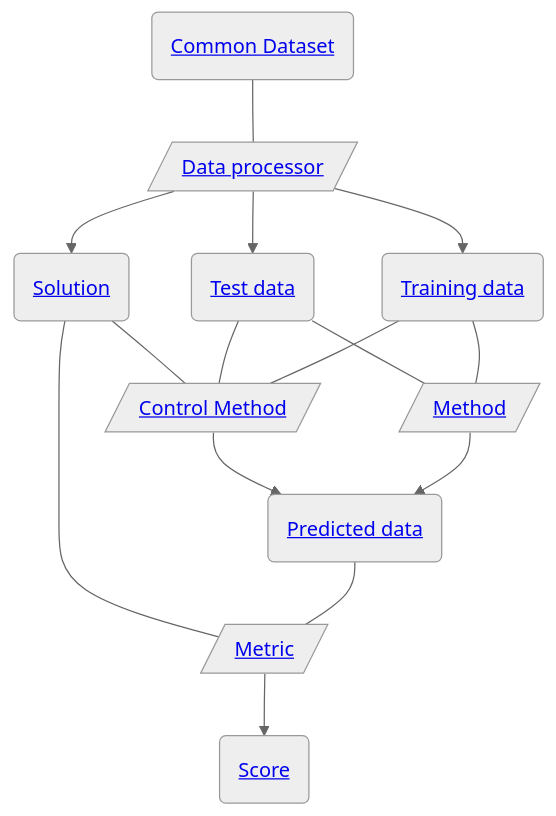
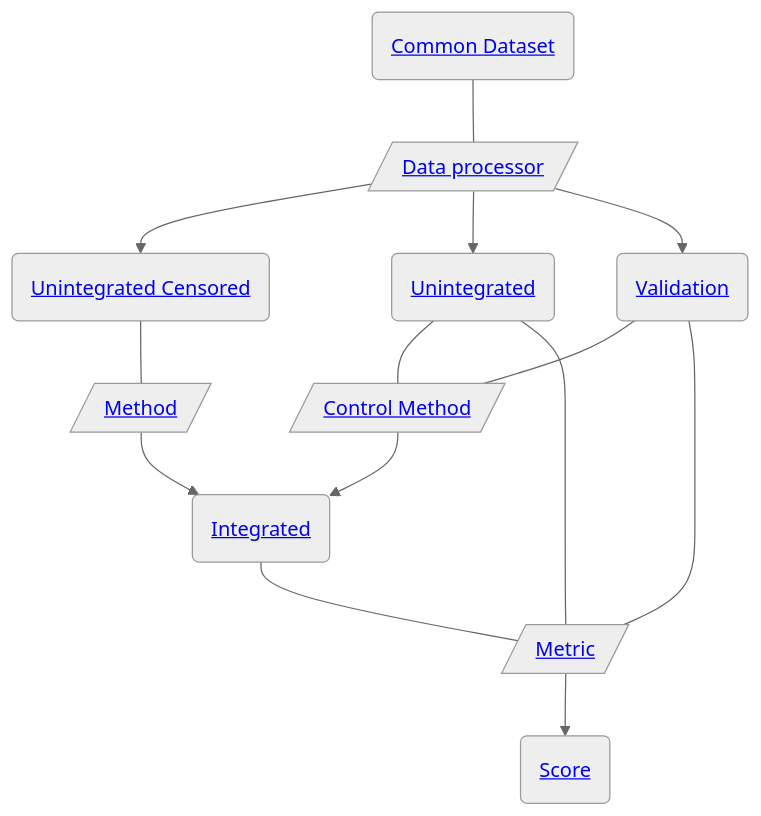
Before and after one commit to openproblems-bio/task_cyto_batch_integration: the diagram in README.md, drawn with Mermaid (neutral theme). The commit also changed other lines of this file and 10 other files, not shown here.

````diff
--- a/README.md
+++ b/README.md
@@ -37,27 +37,26 @@
 ``` mermaid
 flowchart TB
   file_common_dataset("<a href='https://github.com/openproblems-bio/task_cyto_batch_integration#file-format-common-dataset'>Common Dataset</a>")
   comp_data_processor[/"<a href='https://github.com/openproblems-bio/task_cyto_batch_integration#component-type-data-processor'>Data processor</a>"/]
-  file_solution("<a href='https://github.com/openproblems-bio/task_cyto_batch_integration#file-format-solution'>Solution</a>")
-  file_test("<a href='https://github.com/openproblems-bio/task_cyto_batch_integration#file-format-test-data'>Test data</a>")
-  file_train("<a href='https://github.com/openproblems-bio/task_cyto_batch_integration#file-format-training-data'>Training data</a>")
+  file_unintegrated_censored("<a href='https://github.com/openproblems-bio/task_cyto_batch_integration#file-format-unintegrated-censored'>Unintegrated Censored</a>")
+  file_unintegrated("<a href='https://github.com/openproblems-bio/task_cyto_batch_integration#file-format-unintegrated'>Unintegrated</a>")
+  file_validation("<a href='https://github.com/openproblems-bio/task_cyto_batch_integration#file-format-validation'>Validation</a>")
+  comp_method[/"<a href='https://github.com/openproblems-bio/task_cyto_batch_integration#component-type-method'>Method</a>"/]
   comp_control_method[/"<a href='https://github.com/openproblems-bio/task_cyto_batch_integration#component-type-control-method'>Control Method</a>"/]
   comp_metric[/"<a href='https://github.com/openproblems-bio/task_cyto_batch_integration#component-type-metric'>Metric</a>"/]
-  comp_method[/"<a href='https://github.com/openproblems-bio/task_cyto_batch_integration#component-type-method'>Method</a>"/]
-  file_prediction("<a href='https://github.com/openproblems-bio/task_cyto_batch_integration#file-format-predicted-data'>Predicted data</a>")
+  file_integrated("<a href='https://github.com/openproblems-bio/task_cyto_batch_integration#file-format-integrated'>Integrated</a>")
   file_score("<a href='https://github.com/openproblems-bio/task_cyto_batch_integration#file-format-score'>Score</a>")
   file_common_dataset---comp_data_processor
-  comp_data_processor-->file_solution
-  comp_data_processor-->file_test
-  comp_data_processor-->file_train
-  file_solution---comp_control_method
-  file_solution---comp_metric
-  file_test---comp_control_method
-  file_test---comp_method
-  file_train---comp_control_method
-  file_train---comp_method
-  comp_control_method-->file_prediction
+  comp_data_processor-->file_unintegrated_censored
+  comp_data_processor-->file_unintegrated
+  comp_data_processor-->file_validation
+  file_unintegrated_censored---comp_method
+  file_unintegrated---comp_control_method
+  file_unintegrated---comp_metric
+  file_validation---comp_control_method
+  file_validation---comp_metric
+  comp_method-->file_integrated
+  comp_control_method-->file_integrated
   comp_metric-->file_score
-  comp_method-->file_prediction
-  file_prediction---comp_metric
+  file_integrated---comp_metric
 ```
````
